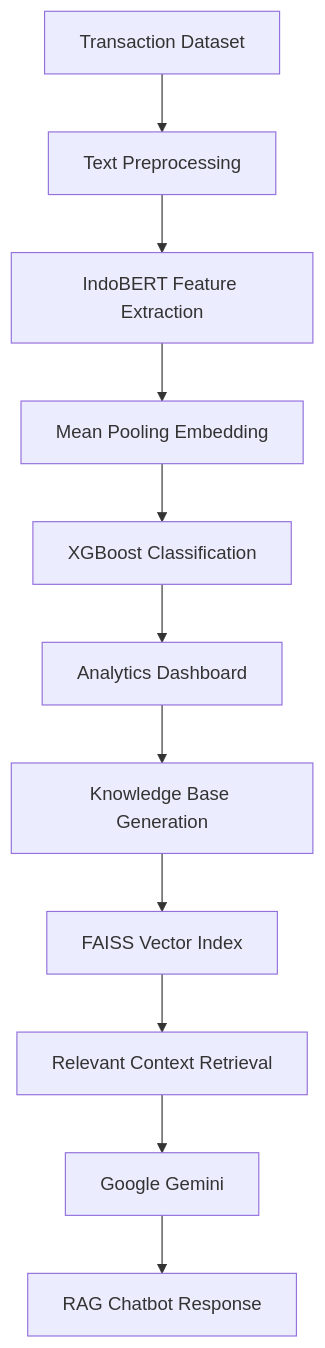
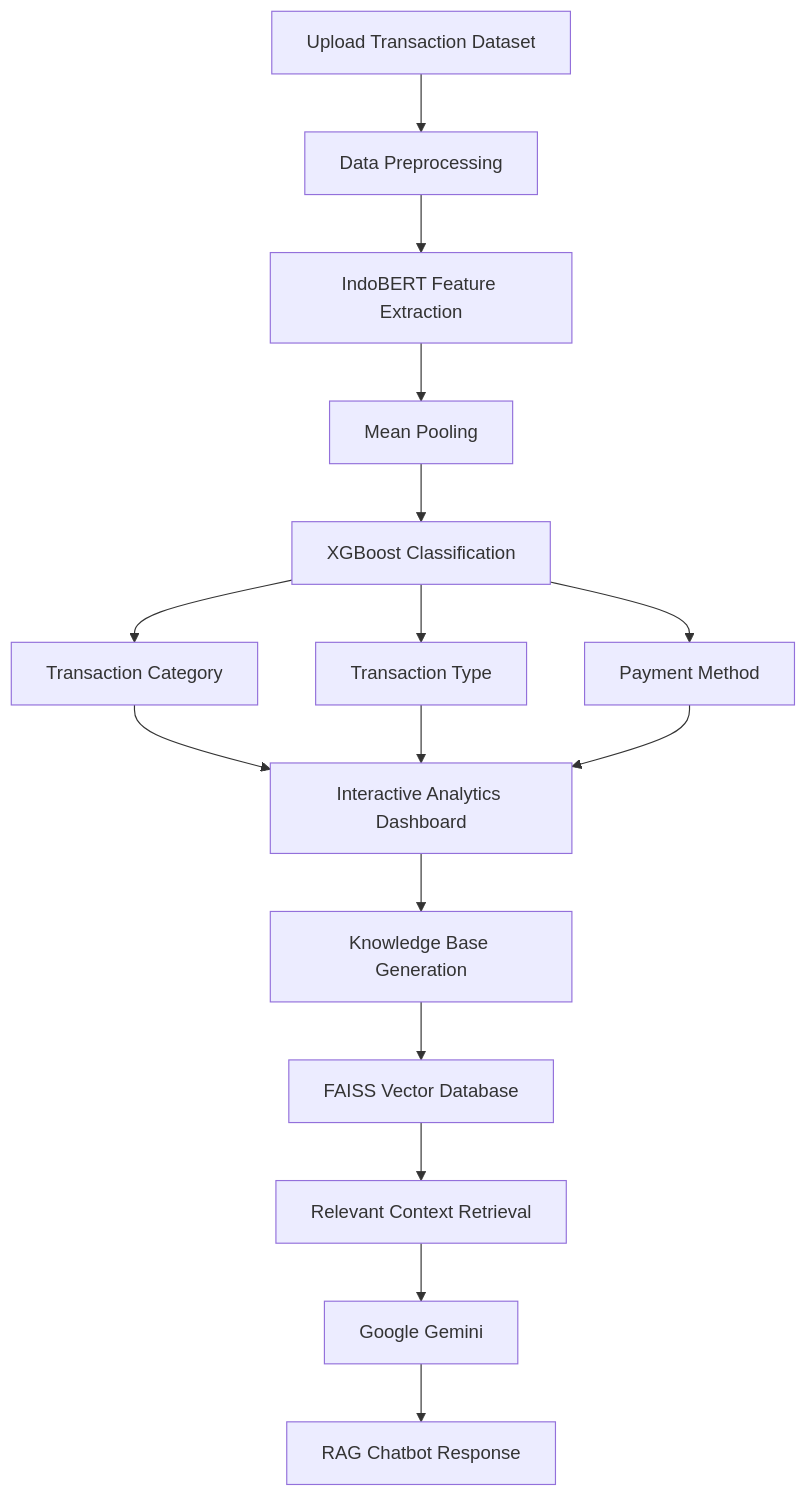
Before and after one commit to ogikkoding/smart-financial-analysis-ai: the diagram in README.md, drawn with Mermaid. The commit also changed other lines of this file and 1 other file, not shown here.

````diff
--- a/README.md
+++ b/README.md
@@ -120,24 +122,21 @@
 ```mermaid
 graph TD
+    A[Upload Transaction Dataset] --> B[Data Preprocessing]
+    B --> C[IndoBERT Feature Extraction]
+    C --> D[Mean Pooling]
+    D --> E[XGBoost Classification]
 
-A[Transaction Dataset]
---> B[Text Preprocessing]
+    E --> F[Transaction Category]
+    E --> G[Transaction Type]
+    E --> H[Payment Method]
 
-B --> C[IndoBERT Feature Extraction]
+    F --> I[Interactive Analytics Dashboard]
+    G --> I
+    H --> I
 
-C --> D[Mean Pooling Embedding]
-
-D --> E[XGBoost Classification]
-
-E --> F[Analytics Dashboard]
-
-F --> G[Knowledge Base Generation]
-
-G --> H[FAISS Vector Index]
-
-H --> I[Relevant Context Retrieval]
-
-I --> J[Google Gemini]
-
-J --> K[RAG Chatbot Response]
+    I --> J[Knowledge Base Generation]
+    J --> K[FAISS Vector Database]
+    K --> L[Relevant Context Retrieval]
+    L --> M[Google Gemini]
+    M --> N[RAG Chatbot Response]
 ```
````
